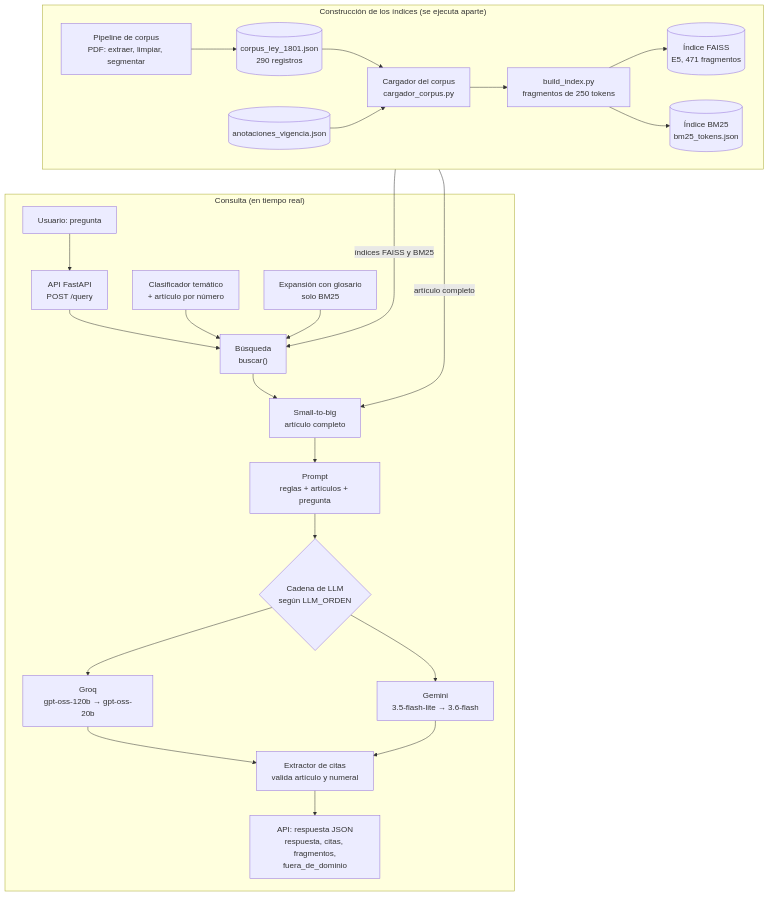
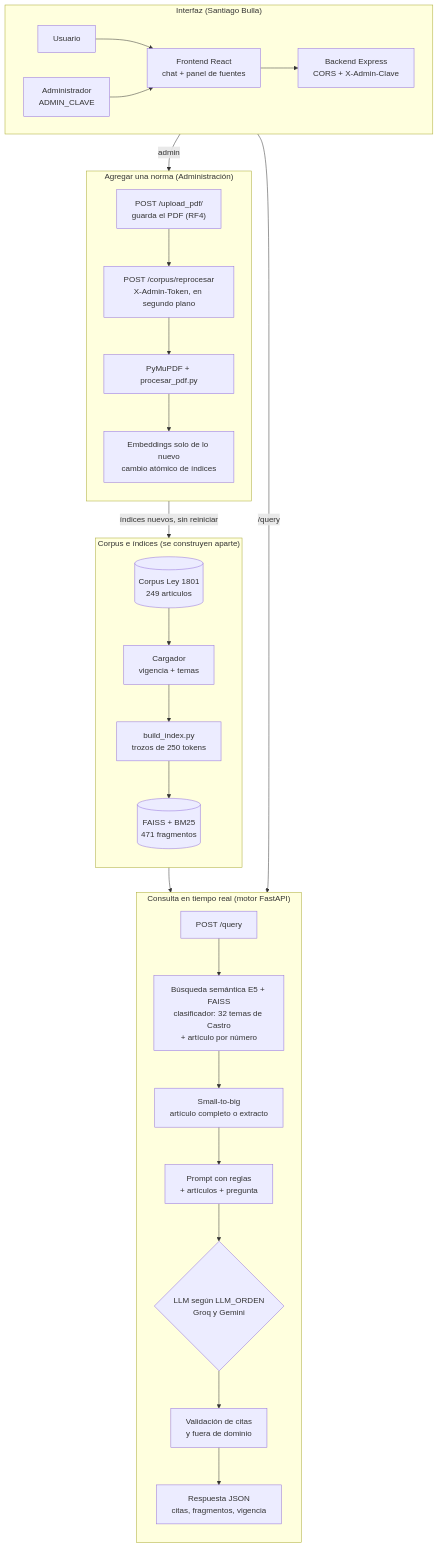
The diagram in docs/informe_avance.md (DuvanObando/policia-rag-chatbot), drawn with Mermaid before and after one commit. The commit also changed other lines of this file and 35 other files, not shown here.

````diff
--- a/docs/informe_avance.md
+++ b/docs/informe_avance.md
@@ -33,29 +93,34 @@
 ```mermaid
 flowchart TB
-    subgraph OFF["Construcción de los índices (se ejecuta aparte)"]
+    subgraph WEB["Interfaz (Santiago Bulla)"]
         direction LR
-        PIPE["Pipeline de corpus<br/>PDF: extraer, limpiar, segmentar"] --> CORPUS[("corpus_ley_1801.json<br/>290 registros")]
-        CORPUS --> CARG["Cargador del corpus<br/>cargador_corpus.py"]
-        ANOT[("anotaciones_vigencia.json")] --> CARG
-        CARG --> BUILD["build_index.py<br/>fragmentos de 250 tokens"]
-        BUILD --> FAISS[("Índice FAISS<br/>E5, 471 fragmentos")]
-        BUILD --> BM25[("Índice BM25<br/>bm25_tokens.json")]
+        U["Usuario"] --> FE["Frontend React<br/>chat + panel de fuentes"]
+        ADM["Administrador<br/>ADMIN_CLAVE"] --> FE
+        FE --> BE["Backend Express<br/>CORS + X-Admin-Clave"]
     end
-    subgraph ON["Consulta (en tiempo real)"]
-        U["Usuario: pregunta"] --> API["API FastAPI<br/>POST /query"]
-        API --> BUS["Búsqueda<br/>buscar()"]
-        CLAS["Clasificador temático<br/>+ artículo por número"] --> BUS
-        EXP["Expansión con glosario<br/>solo BM25"] --> BUS
-        BUS --> SB["Small-to-big<br/>artículo completo"]
-        SB --> PR["Prompt<br/>reglas + artículos + pregunta"]
-        PR --> LLM{"Cadena de LLM<br/>según LLM_ORDEN"}
-        LLM --> GROQ["Groq<br/>gpt-oss-120b → gpt-oss-20b"]
-        LLM --> GEM["Gemini<br/>3.5-flash-lite → 3.6-flash"]
-        GROQ --> CIT["Extractor de citas<br/>valida artículo y numeral"]
-        GEM --> CIT
-        CIT --> R["API: respuesta JSON<br/>respuesta, citas, fragmentos,<br/>fuera_de_dominio"]
+    subgraph ON["Consulta en tiempo real (motor FastAPI)"]
+        direction TB
+        API["POST /query"] --> BUS["Búsqueda semántica E5 + FAISS<br/>clasificador: 32 temas de Castro<br/>+ artículo por número"]
+        BUS --> SB["Small-to-big<br/>artículo completo o extracto"]
+        SB --> PR["Prompt con reglas<br/>+ artículos + pregunta"]
+        PR --> LLM{"LLM según LLM_ORDEN<br/>Groq y Gemini"}
+        LLM --> CIT["Validación de citas<br/>y fuera de dominio"]
+        CIT --> R["Respuesta JSON<br/>citas, fragmentos, vigencia"]
     end
-    OFF ~~~ U
-    OFF -->|"índices FAISS y BM25"| BUS
-    OFF -->|"artículo completo"| SB
+    subgraph IDX["Corpus e índices (se construyen aparte)"]
+        direction TB
+        CORPUS[("Corpus Ley 1801<br/>249 artículos")] --> CARG["Cargador<br/>vigencia + temas"]
+        CARG --> BUILD["build_index.py<br/>trozos de 250 tokens"]
+        BUILD --> IND[("FAISS + BM25<br/>471 fragmentos")]
+    end
+    subgraph REP["Agregar una norma (Administración)"]
+        direction TB
+        UP["POST /upload_pdf/<br/>guarda el PDF (RF4)"] --> JOB["POST /corpus/reprocesar<br/>X-Admin-Token, en segundo plano"]
+        JOB --> PDFX["PyMuPDF + procesar_pdf.py"]
+        PDFX --> INC["Embeddings solo de lo nuevo<br/>cambio atómico de índices"]
+    end
+    BE -->|"/query"| API
+    BE -->|"admin"| UP
+    IND --> BUS
+    INC -->|"índices nuevos, sin reiniciar"| IND
 ```
````
